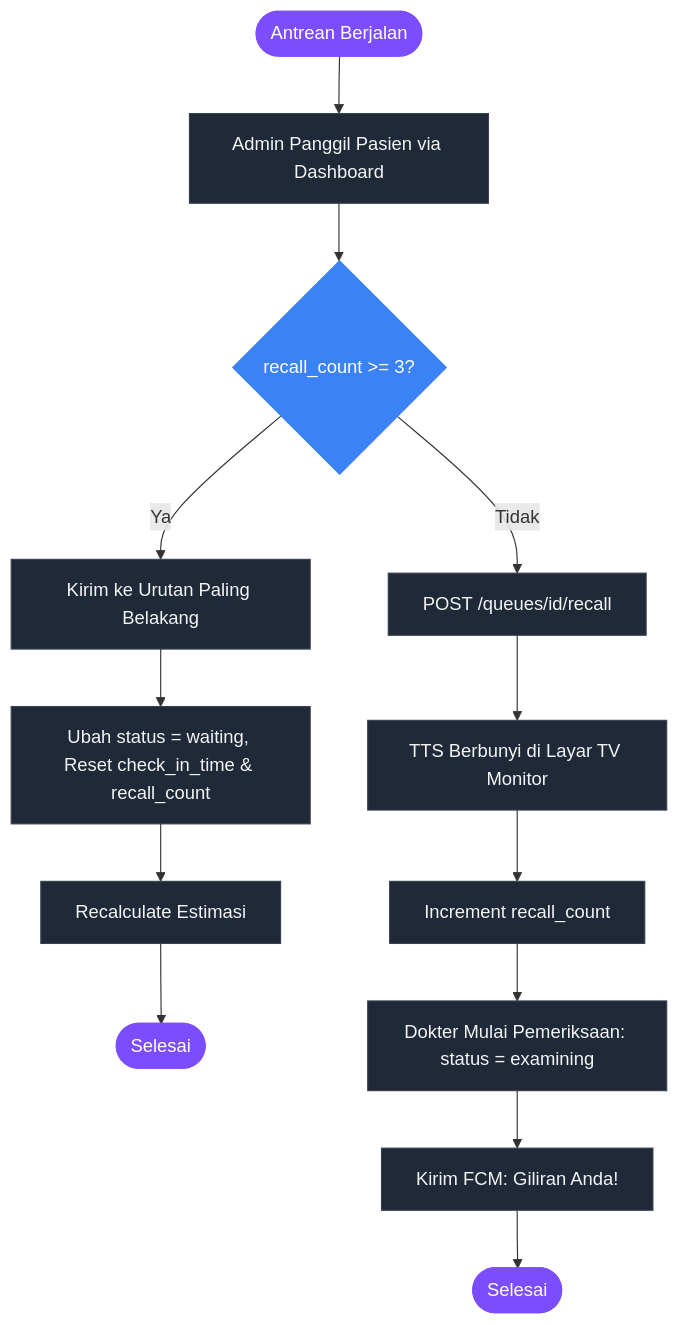
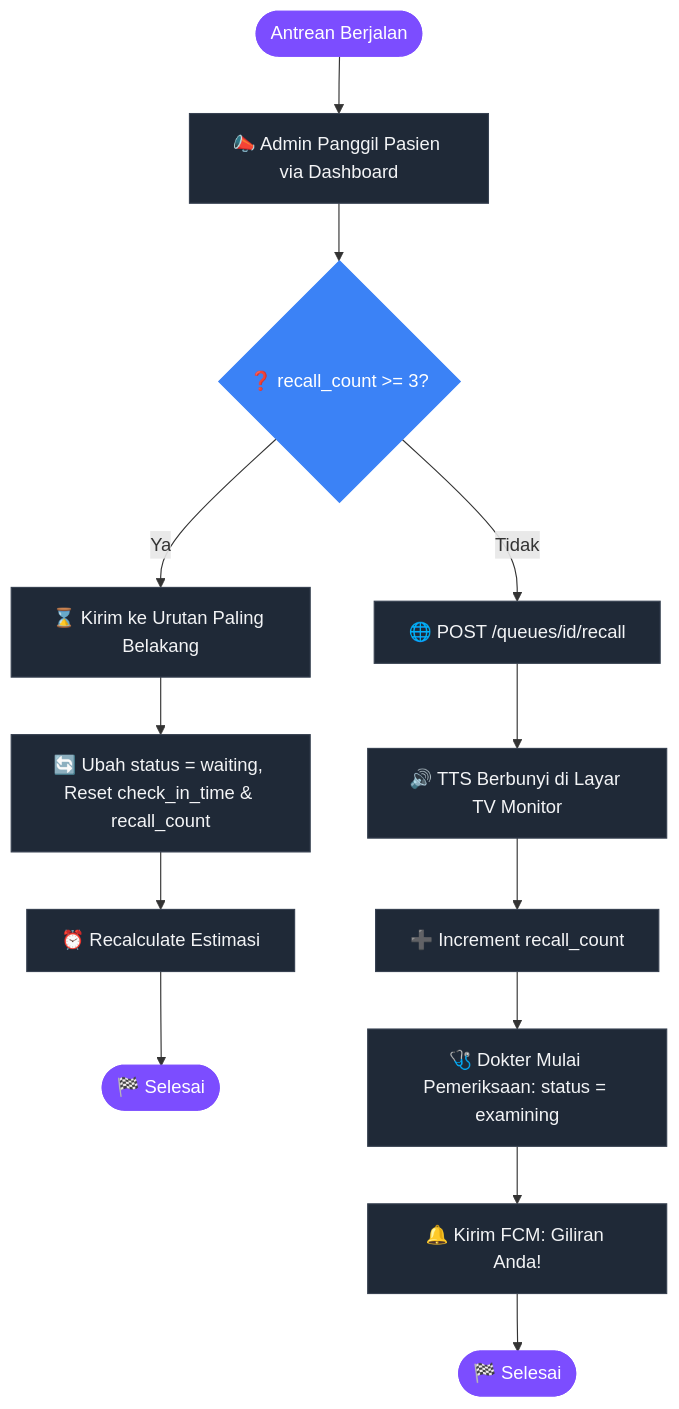
Before and after one commit to Rezi14/NalaSeva-Mobile-Test: the fifth of 9 diagrams in dokumentasi/ALUR_BISNIS.md, drawn with Mermaid. The commit also changed other lines of this file, not shown here.

````diff
--- a/dokumentasi/ALUR_BISNIS.md
+++ b/dokumentasi/ALUR_BISNIS.md
@@ -191,19 +191,19 @@
 ```mermaid
 flowchart TD
     classDef default fill:#1f2937,stroke:#374151,stroke-width:1px,color:#f3f4f6;
     classDef startEnd fill:#7c4dff,stroke:#7c4dff,color:#fff;
     classDef decision fill:#3b82f6,stroke:#3b82f6,color:#fff;
 
-    Start([Antrean Berjalan]):::startEnd --> Call[Admin Panggil Pasien via Dashboard]
-    Call --> CountCheck{"recall_count >= 3?"}:::decision
+    Start([Antrean Berjalan]):::startEnd --> Call[📣 Admin Panggil Pasien via Dashboard]
+    Call --> CountCheck{"❓ recall_count >= 3?"}:::decision
     
-    CountCheck -- Ya --> Skip[Kirim ke Urutan Paling Belakang]
-    Skip --> Reset[Ubah status = waiting, Reset check_in_time & recall_count] --> Recalc[Recalculate Estimasi] --> Finish1([Selesai]):::startEnd
+    CountCheck -- Ya --> Skip[⌛ Kirim ke Urutan Paling Belakang]
+    Skip --> Reset[🔄 Ubah status = waiting, Reset check_in_time & recall_count] --> Recalc[⏰ Recalculate Estimasi] --> Finish1([🏁 Selesai]):::startEnd
     
-    CountCheck -- Tidak --> API[POST /queues/id/recall]
-    API --> TTS[TTS Berbunyi di Layar TV Monitor]
-    TTS --> Inc[Increment recall_count]
-    Inc --> Examining[Dokter Mulai Pemeriksaan: status = examining]
-    Examining --> FCM[Kirim FCM: Giliran Anda!]
-    FCM --> Finish2([Selesai]):::startEnd
+    CountCheck -- Tidak --> API[🌐 POST /queues/id/recall]
+    API --> TTS[🔊 TTS Berbunyi di Layar TV Monitor]
+    TTS --> Inc[➕ Increment recall_count]
+    Inc --> Examining[🩺 Dokter Mulai Pemeriksaan: status = examining]
+    Examining --> FCM[🔔 Kirim FCM: Giliran Anda!]
+    FCM --> Finish2([🏁 Selesai]):::startEnd
 ```
````
